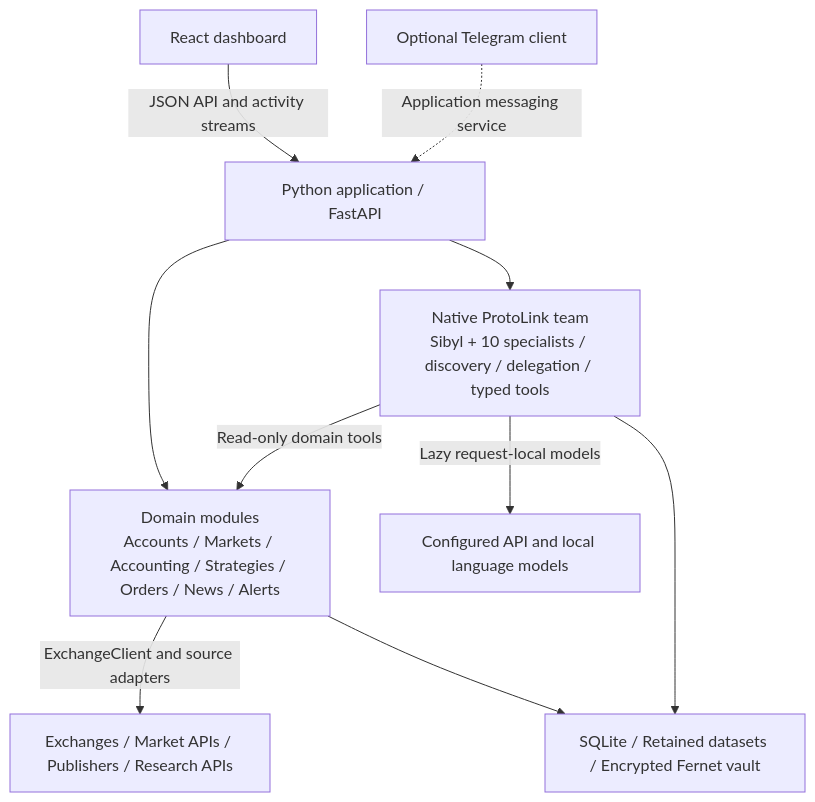
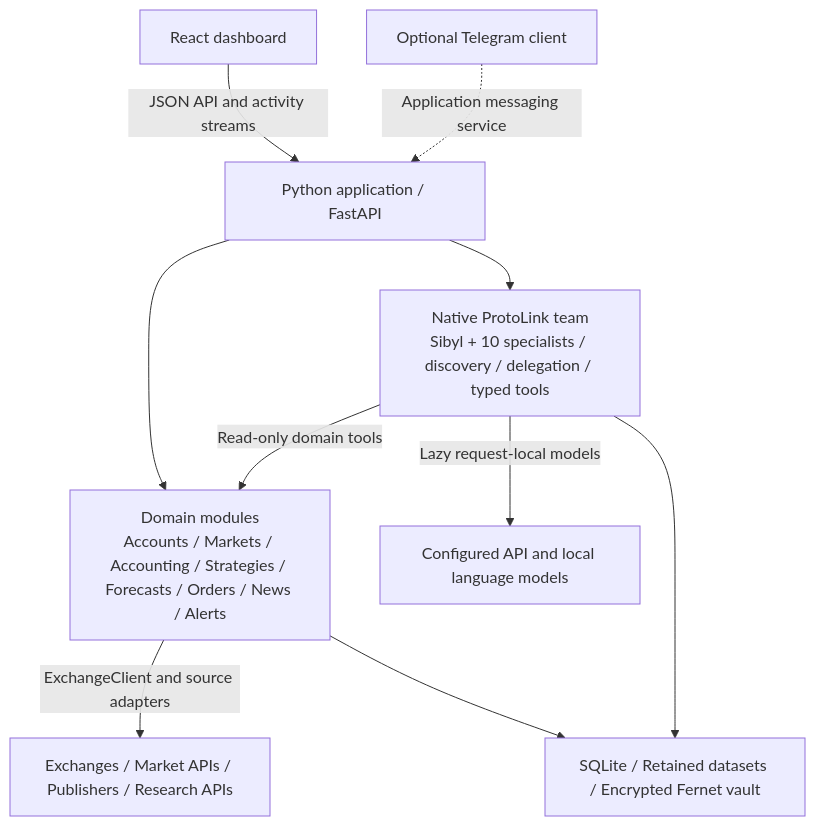
Before and after one commit to nMaroulis/sibyl: the diagram in docs/static/img/architecture.mmd, drawn with Mermaid. The commit also changed 42 other files, not shown here.

```diff
--- a/docs/static/img/architecture.mmd
+++ b/docs/static/img/architecture.mmd
@@ -1,20 +1,20 @@
 %% Editable topology for architecture.svg. Keep both files aligned.
 flowchart TB
     dashboard[React dashboard]
     telegram[Optional Telegram client]
     app[Python application / FastAPI]
-    domains["Domain modules<br/>Accounts / Markets / Accounting / Strategies / Orders / News / Alerts"]
+    domains["Domain modules<br/>Accounts / Markets / Accounting / Strategies / Forecasts / Orders / News / Alerts"]
     team["Native ProtoLink team<br/>Sibyl + 10 specialists / discovery / delegation / typed tools"]
     sources[Exchanges / Market APIs / Publishers / Research APIs]
     state[SQLite / Retained datasets / Encrypted Fernet vault]
     models[Configured API and local language models]
 
     dashboard -->|JSON API and activity streams| app
     telegram -.->|Application messaging service| app
     app --> domains
     app --> team
     team -->|Read-only domain tools| domains
     domains -->|ExchangeClient and source adapters| sources
     domains --> state
     team --> state
     team -->|Lazy request-local models| models
```
